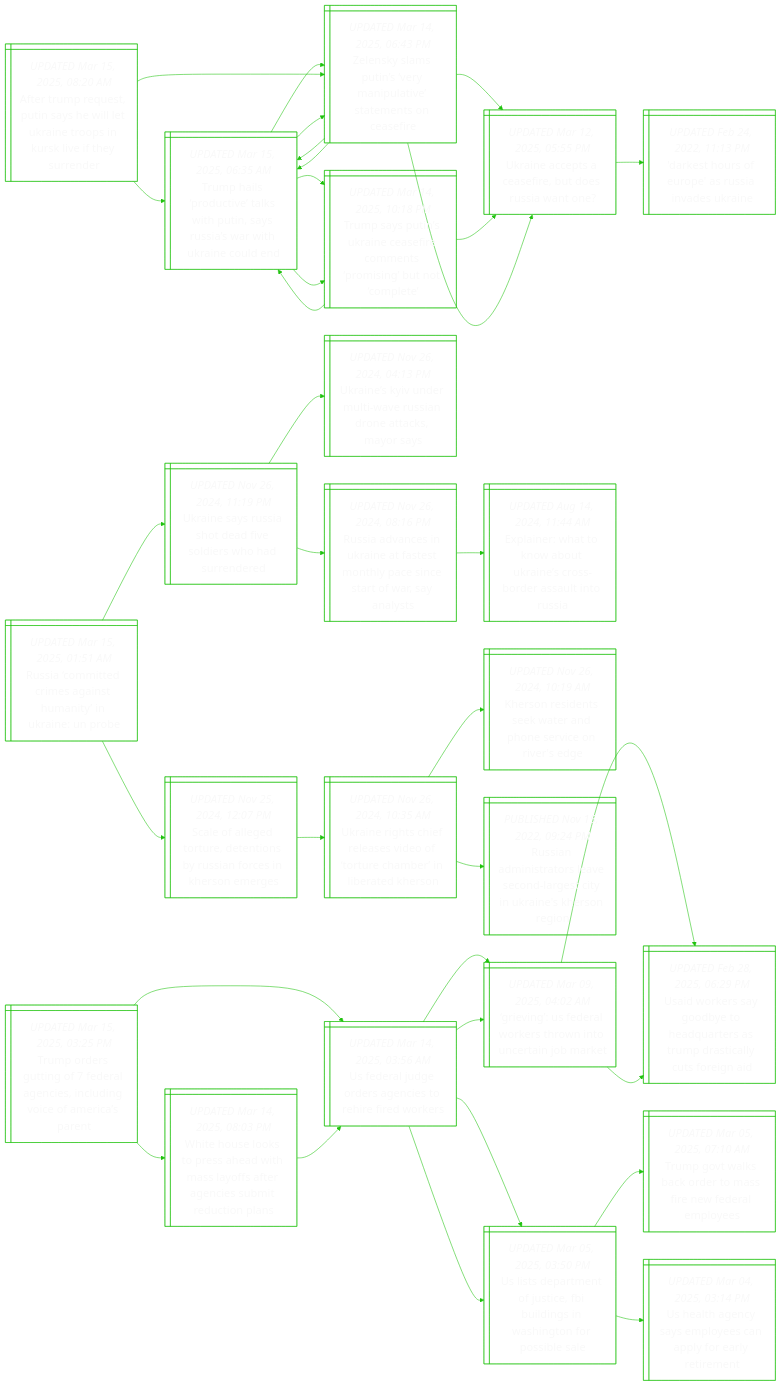
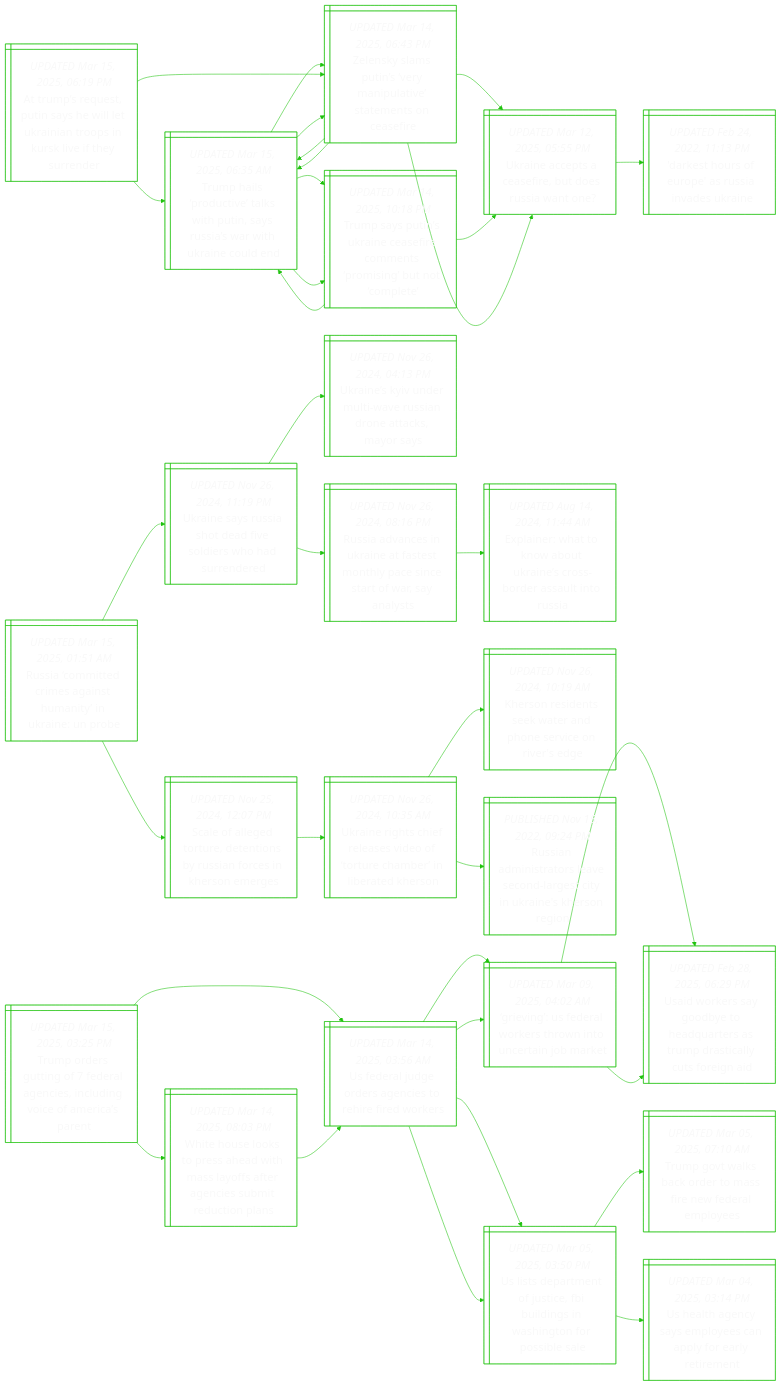
One commit to notJmes/notJmes changed the diagram in README.md. Above: the diagram before and after it, drawn with Mermaid. The commit also changed other lines of this file, not shown here.

```diff
--- a/README.md
+++ b/README.md
@@ -16,8 +16,8 @@
 flowchart LR
 classDef txtsize font-size:20px;
 
-ATrsislUnoKlfsn@{ shape: win-pane, label: "_UPDATED Mar 15, 2025, 08:20 AM_
-After trump request, putin says he will let ukraine troops in kursk live if they surrender" }
+AmqPselraoKlfsn@{ shape: win-pane, label: "_UPDATED Mar 15, 2025, 06:19 PM_
+At trump’s request, putin says he will let ukrainian troops in kursk live if they surrender" }
 Thpctwuaswtaon@{ shape: win-pane, label: "_UPDATED Mar 15, 2025, 06:35 AM_
 Trump hails ‘productive’ talks with putin, says russia’s war with ukraine could end" }
 Zsatenasmose@{ shape: win-pane, label: "_UPDATED Mar 14, 2025, 06:43 PM_
@@ -45,14 +45,14 @@
 TsuUnseeritot@{ shape: win-pane, label: "_UPDATED Mar 14, 2025, 10:18 PM_
 Trump says putin’s ukraine ceasefire comments ‘promising’ but not ‘complete’" }
 
-ATrsislUnoKlfsn:::txtsize --> Thpctwuaswtaon:::txtsize
+AmqPselraoKlfsn:::txtsize --> Thpctwuaswtaon:::txtsize
 Thpctwuaswtaon:::txtsize --> Zsatenasmose:::txtsize
 Zsatenasmose:::txtsize --> Unecfusit:::txtsize
 Zsatenasmose:::txtsize --> Thpctwuaswtaon:::txtsize
 Thpctwuaswtaon:::txtsize --> TsuUnseeritot:::txtsize
 TsuUnseeritot:::txtsize --> Thpctwuaswtaon:::txtsize
 TsuUnseeritot:::txtsize --> Unecfusit:::txtsize
-ATrsislUnoKlfsn:::txtsize --> Zsatenasmose:::txtsize
+AmqPselraoKlfsn:::txtsize --> Zsatenasmose:::txtsize
 Zsatenasmose:::txtsize --> Unecfusit:::txtsize
 Unecfusit:::txtsize --> DsruasvUn:::txtsize
 Zsatenasmose:::txtsize --> Thpctwuaswtaon:::txtsize
```
